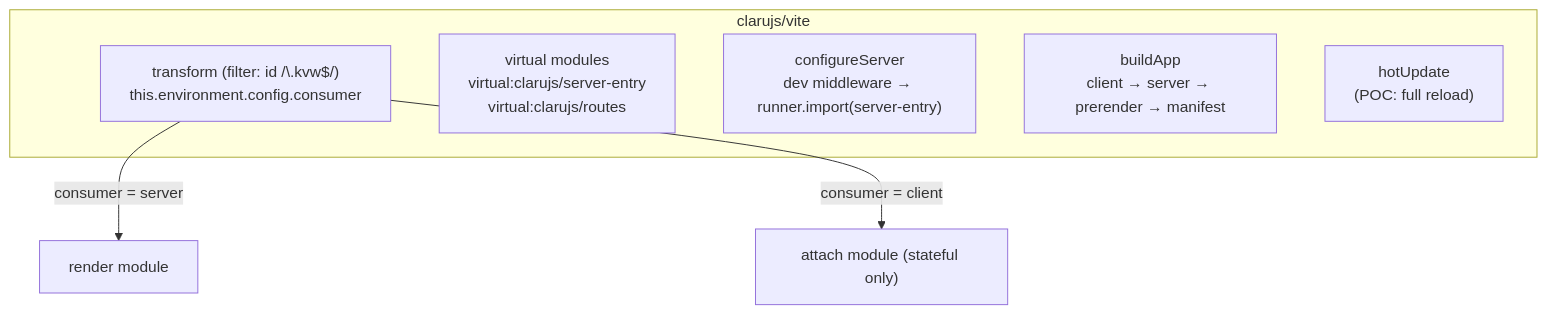
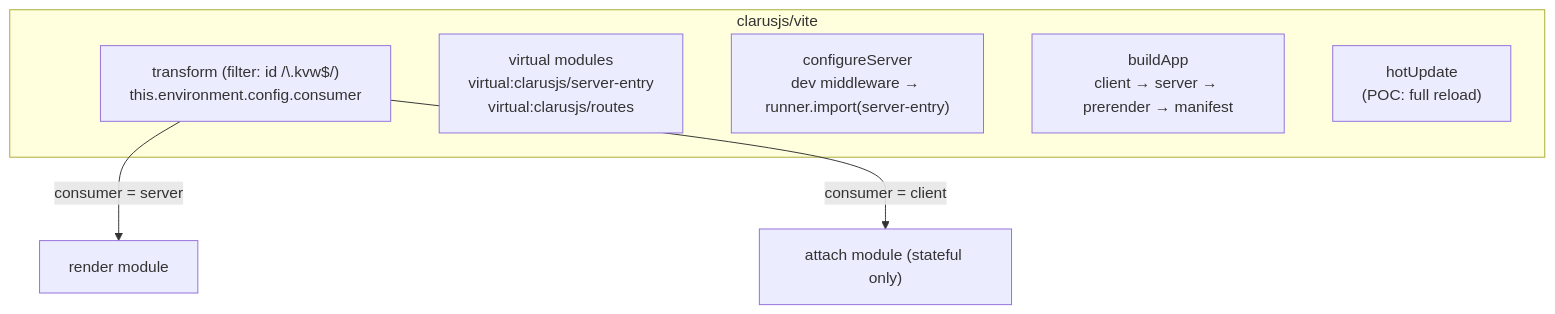
Before and after one commit to forinda/clarusjs: the sixth of 8 diagrams in docs/architecture.md, drawn with Mermaid. The commit also changed other lines of this file and 28 other files, not shown here.

````diff
--- a/docs/architecture.md
+++ b/docs/architecture.md
@@ -380,12 +380,12 @@
 ```mermaid
 flowchart TD
-  subgraph Plugin["clarujs/vite"]
+  subgraph Plugin["clarusjs/vite"]
     T["transform (filter: id /\.kvw$/)<br/>this.environment.config.consumer"]
-    V["virtual modules<br/>virtual:clarujs/server-entry<br/>virtual:clarujs/routes"]
+    V["virtual modules<br/>virtual:clarusjs/server-entry<br/>virtual:clarusjs/routes"]
     D["configureServer<br/>dev middleware → runner.import(server-entry)"]
     B["buildApp<br/>client → server → prerender → manifest"]
     HMR["hotUpdate<br/>(POC: full reload)"]
   end
   T -->|consumer = server| SR["render module"]
   T -->|consumer = client| CL["attach module (stateful only)"]
 ```
````
